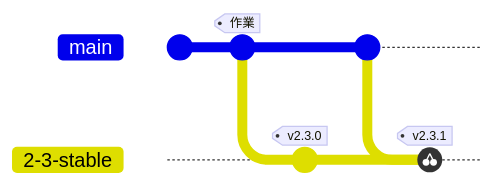
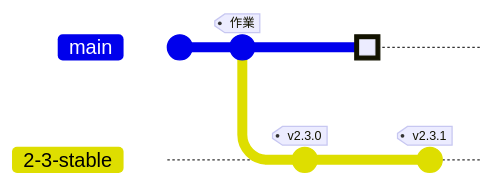
One commit to ykgw-daiki-nakamura/nakamura-git-tutorial changed the second of 2 diagrams in docs/guide/gitlab-flow.md. Above: the diagram before and after it, drawn with Mermaid. Commit ids are hidden.

Commit message:
docs(guide): GitLab Flow の gitGraph を既存の cherry-pick 記法に統一

````diff
--- a/docs/guide/gitlab-flow.md
+++ b/docs/guide/gitlab-flow.md
@@ -29,12 +29,12 @@
 ```mermaid
 gitGraph
     commit
     commit tag: "作業"
     branch "2-3-stable"
     checkout "2-3-stable"
     commit tag: "v2.3.0"
     checkout main
-    commit id: "バグ修正"
+    commit id: "バグ修正(main-first)" type: HIGHLIGHT
     checkout "2-3-stable"
-    cherry-pick id: "バグ修正" tag: "v2.3.1"
+    commit id: "cherry-pick→2.3" tag: "v2.3.1"
 ```
````
